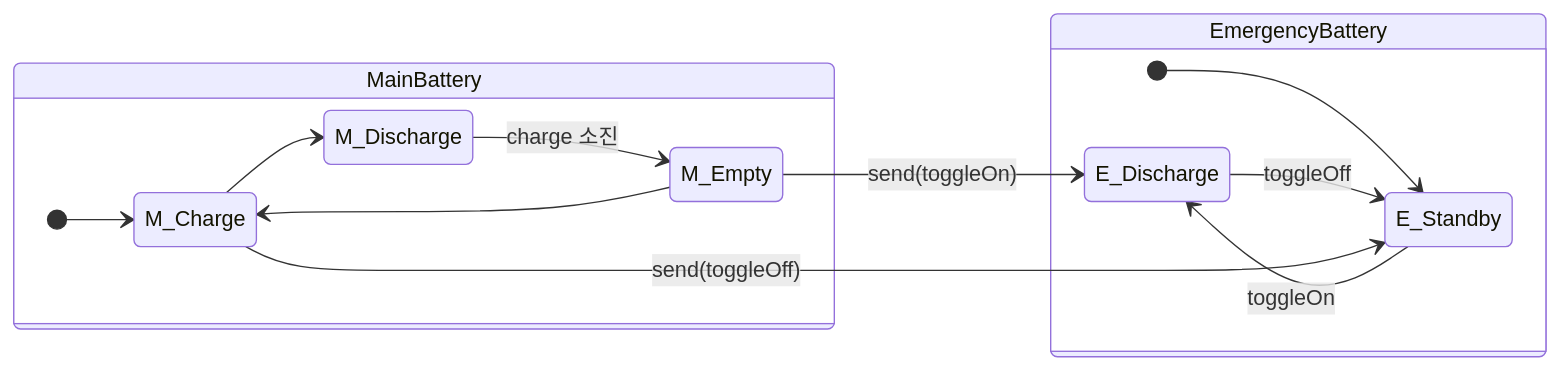
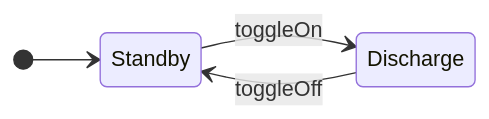
One commit to genie4youu/genie4youu.github.io changed the second of 3 diagrams in _posts/2026-07-14-06-parallel-and-events.md. Above: the diagram before and after it, drawn with Mermaid. The commit also changed other lines of this file and 13 other files, not shown here.

First line of the commit message:
﻿전면 손질: 제목 변경, AI 티 나는 표현 제거, 다이어그램 재작성

````diff
--- a/_posts/2026-07-14-06-parallel-and-events.md
+++ b/_posts/2026-07-14-06-parallel-and-events.md
@@ -87,22 +42,7 @@
 ```mermaid
 stateDiagram-v2
     direction LR
-
-    state MainBattery {
-        direction LR
-        [*] --> M_Charge
-        M_Charge --> M_Discharge
-        M_Discharge --> M_Empty : charge 소진
-        M_Empty --> M_Charge
-    }
-
-    state EmergencyBattery {
-        direction LR
-        [*] --> E_Standby
-        E_Standby --> E_Discharge : toggleOn
-        E_Discharge --> E_Standby : toggleOff
-    }
-
-    M_Empty --> E_Discharge : send(toggleOn)
-    M_Charge --> E_Standby : send(toggleOff)
+    [*] --> Standby
+    Standby --> Discharge : toggleOn
+    Discharge --> Standby : toggleOff
 ```
````
